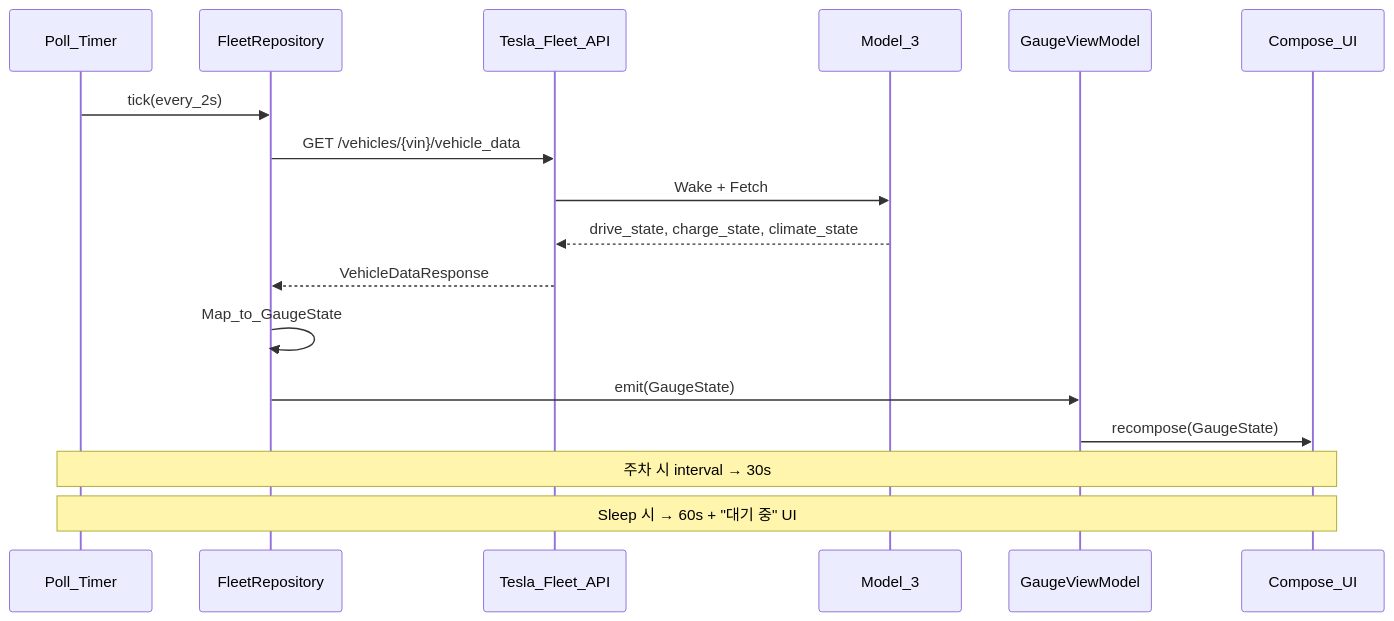
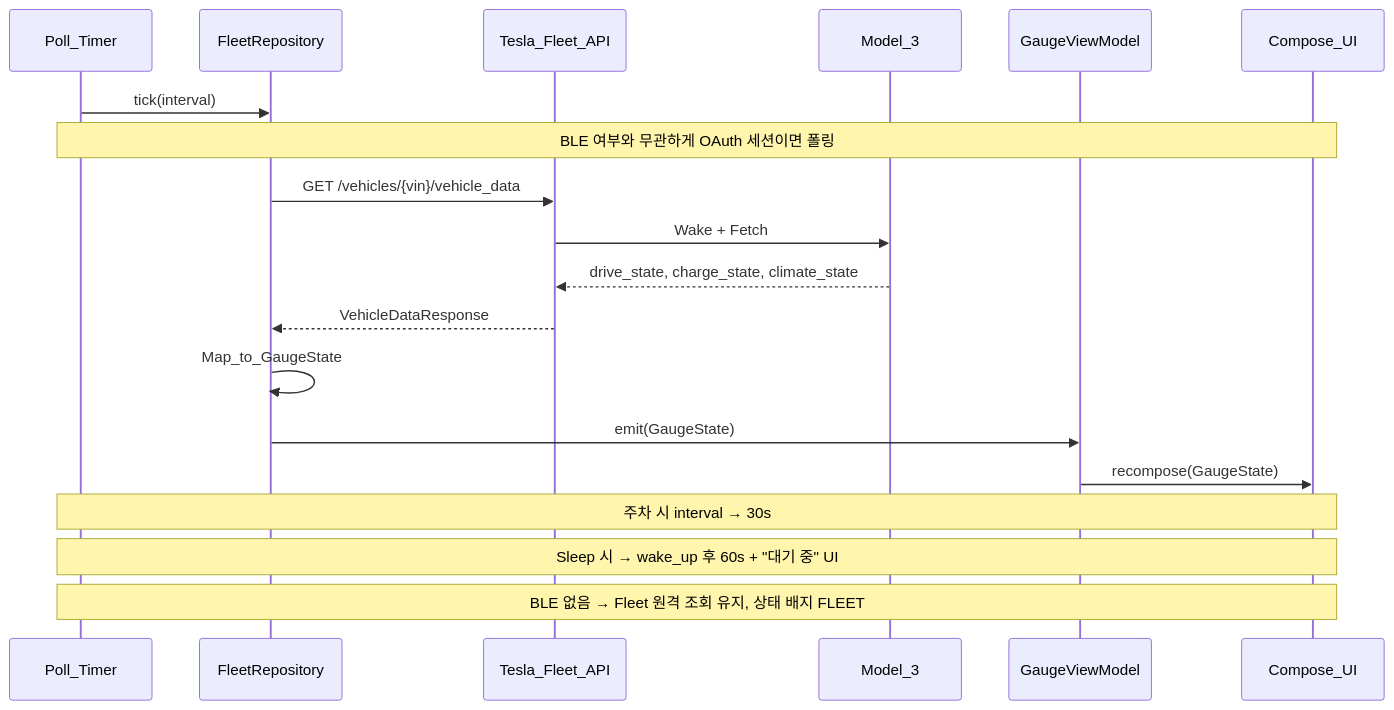
The third of 10 diagrams in docs/04-architecture/data-flow.md (yskwon-wayforyou/MyT), drawn with Mermaid before and after one commit. The commit also changed other lines of this file and 330 other files, not shown here.

````diff
--- a/docs/04-architecture/data-flow.md
+++ b/docs/04-architecture/data-flow.md
@@ -108,21 +112,23 @@
 ```mermaid
 sequenceDiagram
   participant Timer as Poll_Timer
   participant Repo as FleetRepository
   participant API as Tesla_Fleet_API
   participant Car as Model_3
   participant VM as GaugeViewModel
   participant UI as Compose_UI
 
-  Timer->>Repo: tick(every_2s)
+  Timer->>Repo: tick(interval)
+  Note over Timer,UI: BLE 여부와 무관하게 OAuth 세션이면 폴링
   Repo->>API: GET /vehicles/{vin}/vehicle_data
   API->>Car: Wake + Fetch
   Car-->>API: drive_state, charge_state, climate_state
   API-->>Repo: VehicleDataResponse
   Repo->>Repo: Map_to_GaugeState
   Repo->>VM: emit(GaugeState)
   VM->>UI: recompose(GaugeState)
 
   Note over Timer,UI: 주차 시 interval → 30s
-  Note over Timer,UI: Sleep 시 → 60s + "대기 중" UI
+  Note over Timer,UI: Sleep 시 → wake_up 후 60s + "대기 중" UI
+  Note over Timer,UI: BLE 없음 → Fleet 원격 조회 유지, 상태 배지 FLEET
 ```
````
